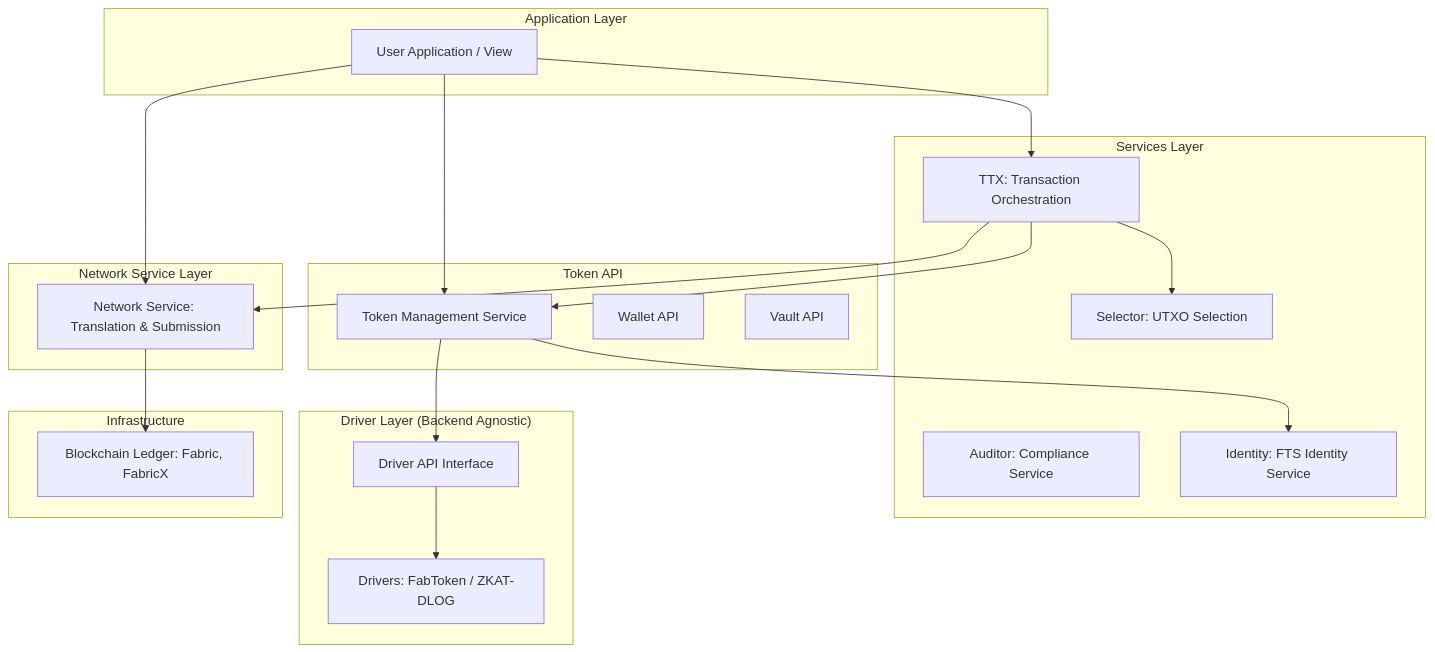
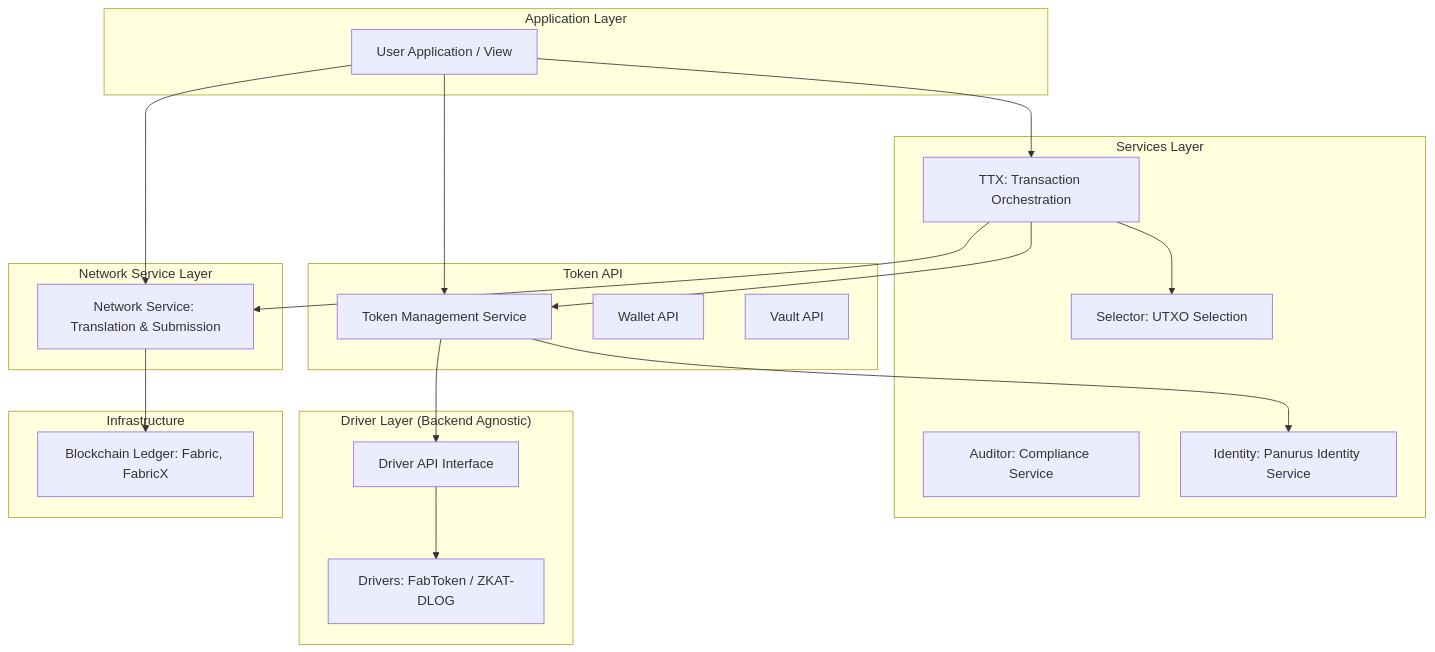
One commit to hyperledger-labs/fabric-token-sdk changed the first of 3 diagrams in docs/tokensdk.md. Above: the diagram before and after it, drawn with Mermaid. The commit also changed other lines of this file and 1264 other files, not shown here.

````diff
--- a/docs/tokensdk.md
+++ b/docs/tokensdk.md
@@ -32,46 +32,46 @@
 ```mermaid
 graph TD
     subgraph "Application Layer"
         UserApp[User Application / View]
     end
 
     subgraph "Services Layer"
         TTX[TTX: Transaction Orchestration]
         Selector[Selector: UTXO Selection]
         Auditor[Auditor: Compliance Service]
-        Identity[Identity: FTS Identity Service]
+        Identity[Identity: Panurus Identity Service]
     end
 
     subgraph "Token API"
         TMS[Token Management Service]
         WalletAPI[Wallet API]
         VaultAPI[Vault API]
     end
 
     subgraph "Driver Layer (Backend Agnostic)"
         DriverAPI[Driver API Interface]
         Drivers[Drivers: FabToken / ZKAT-DLOG]
     end
 
     subgraph "Network Service Layer"
         NetService[Network Service: Translation & Submission]
     end
 
     subgraph "Infrastructure"
         DLT[Blockchain Ledger: Fabric, FabricX]
     end
 
     UserApp --> TTX
     UserApp --> TMS
     UserApp --> NetService
     
     TTX --> Selector
     TTX --> TMS
     TTX --> NetService
     
     TMS --> DriverAPI
     TMS --> Identity
     DriverAPI --> Drivers
     
     NetService --> DLT
 ```
````
